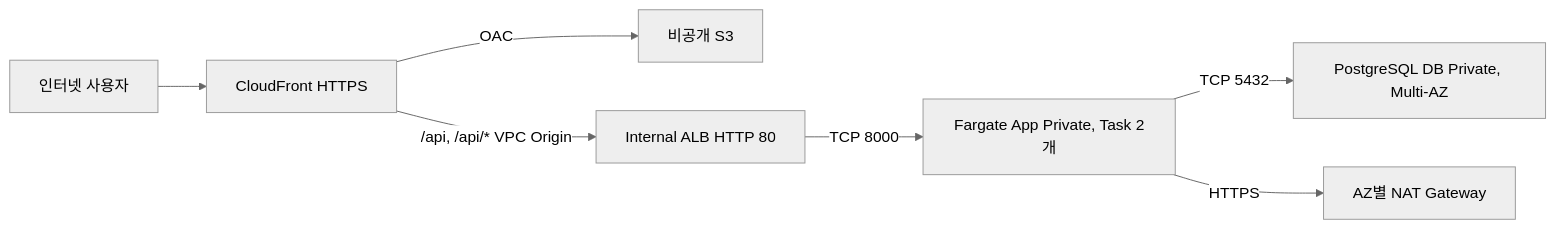
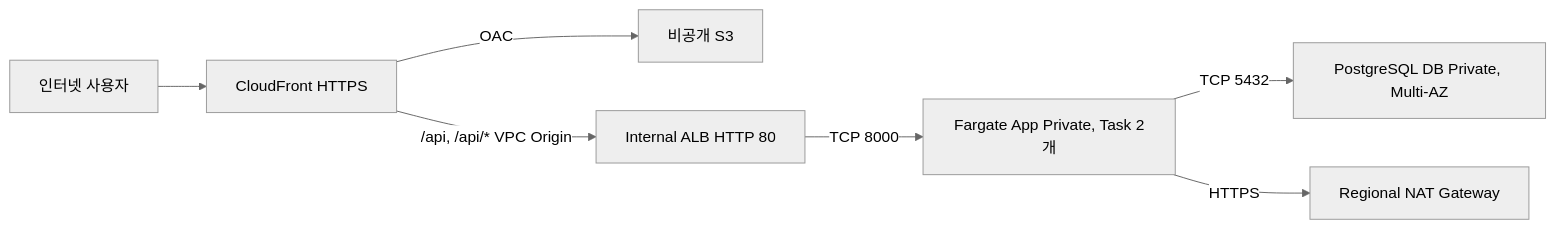
One commit to softbank-hackathon-2026/platform-terraform changed the diagram in env/dev/README.md. Above: the diagram before and after it, drawn with Mermaid (neutral theme). The commit also changed other lines of this file and 8 other files, not shown here.

Commit message:
feat: switch dev to regional NAT

````diff
--- a/env/dev/README.md
+++ b/env/dev/README.md
@@ -9,9 +9,9 @@
 ```mermaid
 flowchart LR
   user[인터넷 사용자] --> cf[CloudFront HTTPS]
   cf -->|OAC| s3[비공개 S3]
   cf -->|/api, /api/* VPC Origin| alb[Internal ALB HTTP 80]
   alb -->|TCP 8000| ecs[Fargate App Private, Task 2개]
   ecs -->|TCP 5432| rds[PostgreSQL DB Private, Multi-AZ]
-  ecs -->|HTTPS| nat[AZ별 NAT Gateway]
+  ecs -->|HTTPS| nat[Regional NAT Gateway]
 ```
````
